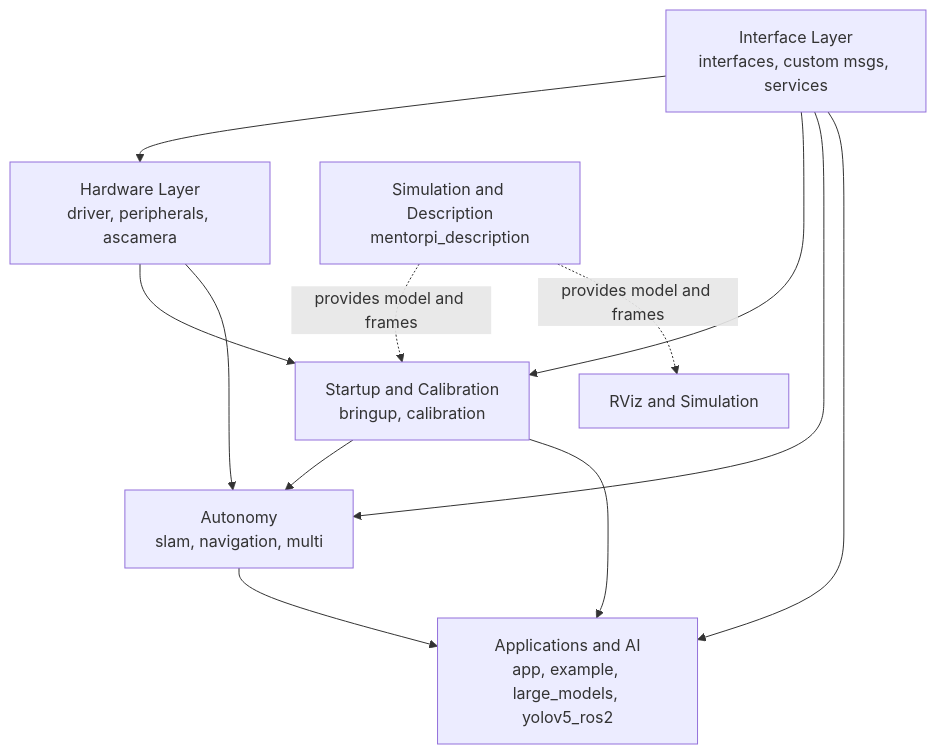
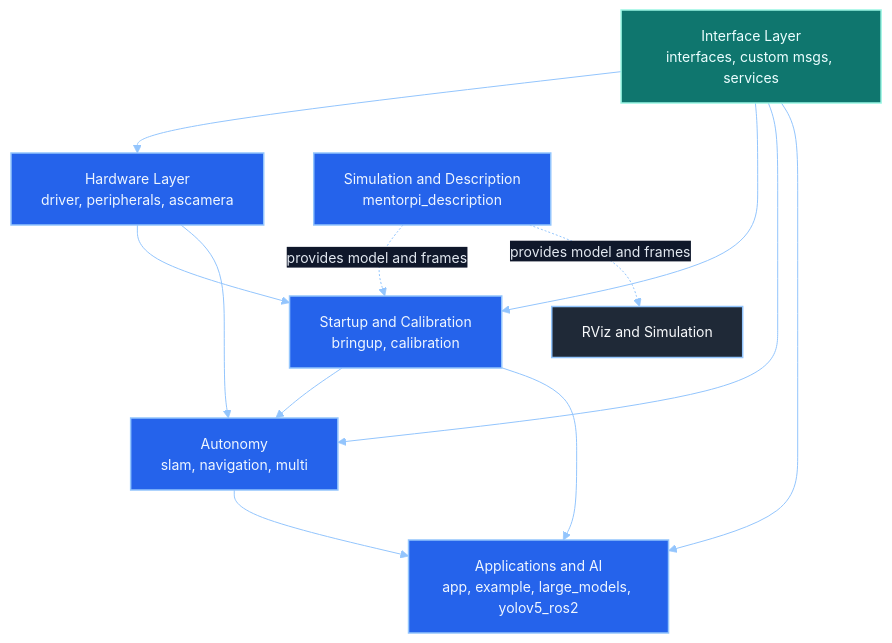
The second of 4 diagrams in docs/mentorpi-ros-architecture.md (lexmaister/mentorpi_ws), drawn with Mermaid before and after one commit. The commit also changed other lines of this file, not shown here.

Commit message:
docs: diagrams - darker, higher-contrast palette for better readability in dark mode

````diff
--- a/docs/mentorpi-ros-architecture.md
+++ b/docs/mentorpi-ros-architecture.md
@@ -128,21 +154,48 @@
 ```mermaid
+%%{init: {'theme': 'base', 'themeVariables': {
+  'primaryColor': '#1e293b',
+  'primaryTextColor': '#e2e8f0',
+  'primaryBorderColor': '#7dd3fc',
+  'lineColor': '#93c5fd',
+  'secondaryColor': '#0f172a',
+  'tertiaryColor': '#111827',
+  'background': '#020817',
+  'mainBkg': '#0f172a',
+  'nodeBorder': '#7dd3fc',
+  'clusterBkg': '#0f172a',
+  'clusterBorder': '#93c5fd',
+  'textColor': '#e2e8f0',
+  'fontFamily': 'Arial',
+  'fontSize': '14px'
+}}}%%
 flowchart TB
+  classDef hw fill:#2563eb,stroke:#93c5fd,color:#eff6ff,stroke-width:1.5px;
+  classDef iface fill:#0f766e,stroke:#99f6e4,color:#ecfeff,stroke-width:1.5px;
+  classDef start fill:#7c3aed,stroke:#c4b5fd,color:#f5f3ff,stroke-width:1.5px;
+  classDef auto fill:#4f46e5,stroke:#a5b4fc,color:#eef2ff,stroke-width:1.5px;
+  classDef app fill:#a21caf,stroke:#f0abfc,color:#fdf4ff,stroke-width:1.5px;
+  classDef sim fill:#1f2937,stroke:#93c5fd,color:#f8fafc,stroke-width:1.5px;
+
   HW[Hardware Layer\ndriver, peripherals, ascamera]
   IFACE[Interface Layer\ninterfaces, custom msgs, services]
   START[Startup and Calibration\nbringup, calibration]
   AUTO[Autonomy\nslam, navigation, multi]
   APP[Applications and AI\napp, example, large_models, yolov5_ros2]
   SIM[Simulation and Description\nmentorpi_description]
 
   IFACE --> HW
   IFACE --> START
   IFACE --> AUTO
   IFACE --> APP
   HW --> START
   START --> AUTO
   START --> APP
   HW --> AUTO
   AUTO --> APP
   SIM -. provides model and frames .-> START
   SIM -. provides model and frames .-> RV[RViz and Simulation]
+
+  class HW,START,AUTO,APP,SIM hw;
+  class IFACE iface;
+  class RV sim;
 ```
````
